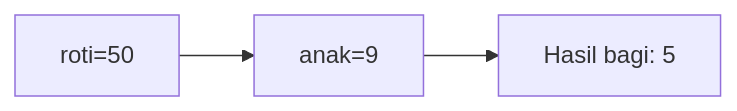
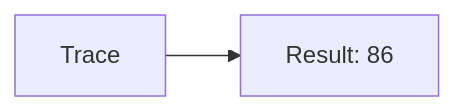
The ninth of 25 diagrams in part-c-pemahaman-cpp/01-tipe-data/latihan/set-04.md (amnahwaida/OSNK_INF_PREP), drawn with Mermaid before and after one commit. The commit also changed other lines of this file and 71 other files, not shown here.

````diff
--- a/part-c-pemahaman-cpp/01-tipe-data/latihan/set-04.md
+++ b/part-c-pemahaman-cpp/01-tipe-data/latihan/set-04.md
@@ -277,5 +190,4 @@
 ```mermaid
 graph LR
-A["roti=50"] --> B["anak=9"]
-B --> C["Hasil bagi: 5"]
+A[Trace] --> B[Result: 86]
 ```
````
